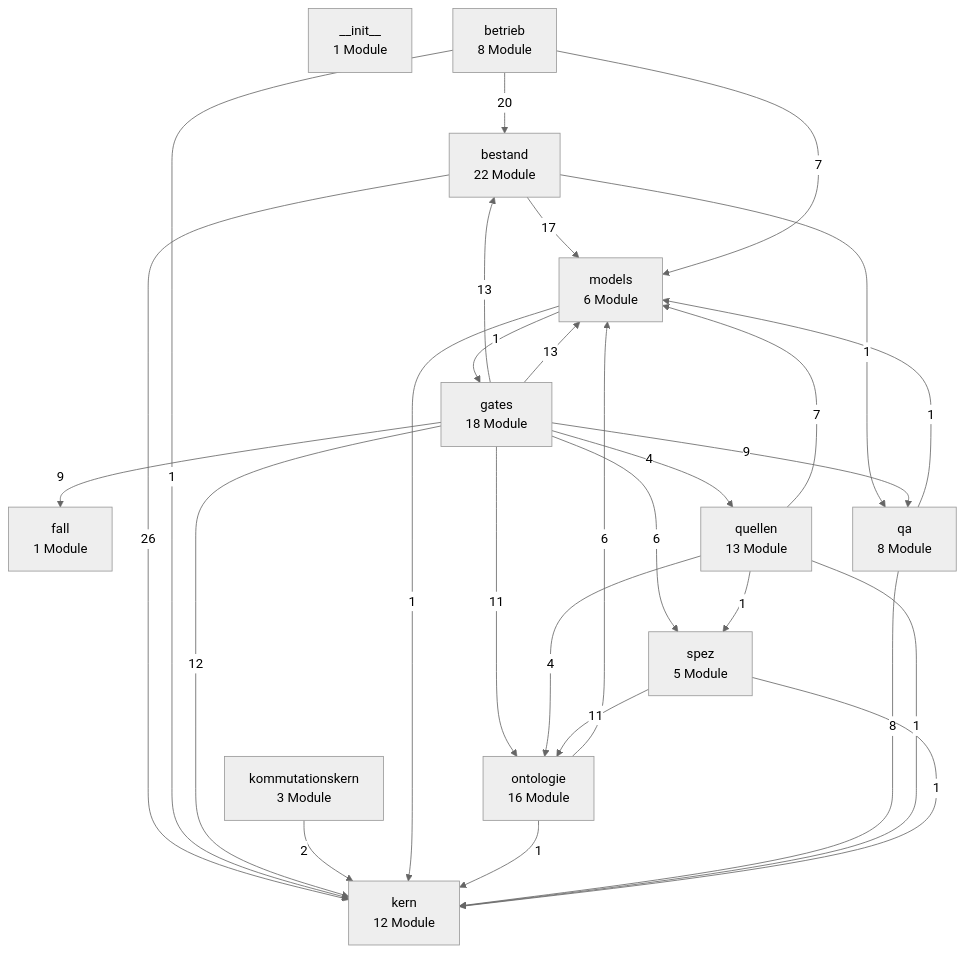
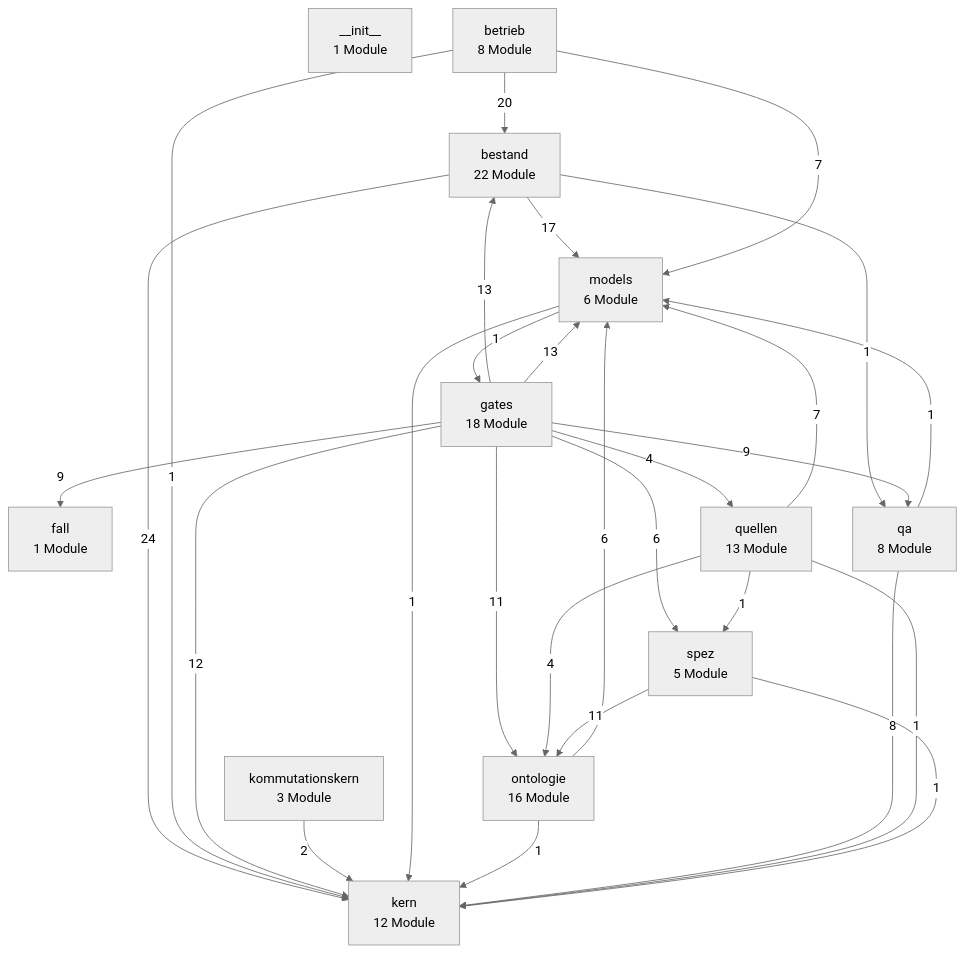
The first of 3 diagrams in docs/architektur/landkarte.md (bartlmac/rechner-pipeline), drawn with Mermaid (neutral theme) before and after one commit. The commit also changed other lines of this file and 14 other files, not shown here.

````diff
--- a/docs/architektur/landkarte.md
+++ b/docs/architektur/landkarte.md
@@ -27,43 +27,43 @@
 ```mermaid
 %% Schichten — erzeugt von ontologie.landkarte
 flowchart TD
     n__init__["__init__<br/>1 Module"]
     bestand["bestand<br/>22 Module"]
     betrieb["betrieb<br/>8 Module"]
     fall["fall<br/>1 Module"]
     gates["gates<br/>18 Module"]
     kern["kern<br/>12 Module"]
     kommutationskern["kommutationskern<br/>3 Module"]
     models["models<br/>6 Module"]
     ontologie["ontologie<br/>16 Module"]
     qa["qa<br/>8 Module"]
     quellen["quellen<br/>13 Module"]
     spez["spez<br/>5 Module"]
-    bestand -- 26 --> kern
+    bestand -- 24 --> kern
     bestand -- 17 --> models
     bestand -- 1 --> qa
     betrieb -- 20 --> bestand
     betrieb -- 1 --> kern
     betrieb -- 7 --> models
     gates -- 13 --> bestand
     gates -- 9 --> fall
     gates -- 12 --> kern
     gates -- 13 --> models
     gates -- 11 --> ontologie
     gates -- 9 --> qa
     gates -- 4 --> quellen
     gates -- 6 --> spez
     kommutationskern -- 2 --> kern
     models -- 1 --> gates
     models -- 1 --> kern
     ontologie -- 1 --> kern
     ontologie -- 6 --> models
     qa -- 8 --> kern
     qa -- 1 --> models
     quellen -- 1 --> kern
     quellen -- 7 --> models
     quellen -- 4 --> ontologie
     quellen -- 1 --> spez
     spez -- 1 --> kern
     spez -- 11 --> ontologie
 ```
````
